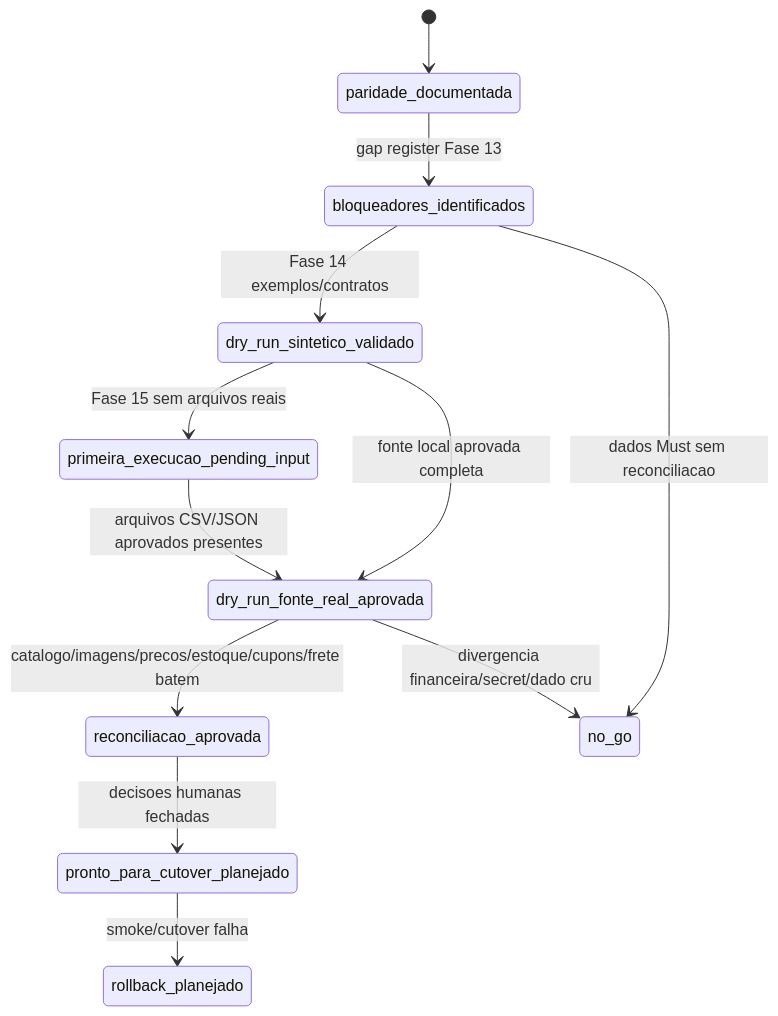
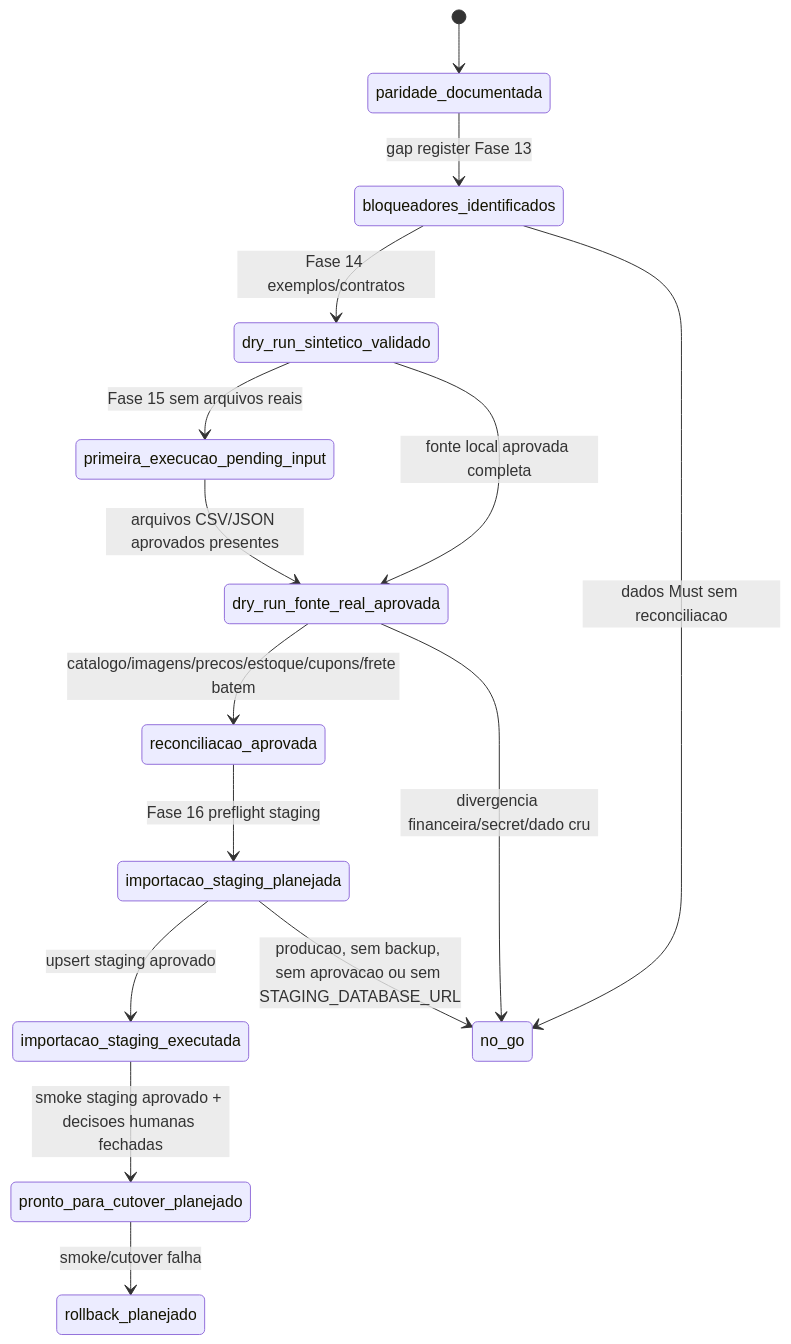
Before and after one commit to Ald3b4r4n/triadenext: diagram 11 of 12 in _reversa_sdd/state-machines.md, drawn with Mermaid. The commit also changed other lines of this file and 15 other files, not shown here.

````diff
--- a/_reversa_sdd/state-machines.md
+++ b/_reversa_sdd/state-machines.md
@@ -179,14 +179,17 @@
 ```mermaid
 stateDiagram-v2
   [*] --> paridade_documentada
   paridade_documentada --> bloqueadores_identificados: gap register Fase 13
   bloqueadores_identificados --> dry_run_sintetico_validado: Fase 14 exemplos/contratos
   dry_run_sintetico_validado --> primeira_execucao_pending_input: Fase 15 sem arquivos reais
   primeira_execucao_pending_input --> dry_run_fonte_real_aprovada: arquivos CSV/JSON aprovados presentes
   dry_run_sintetico_validado --> dry_run_fonte_real_aprovada: fonte local aprovada completa
   dry_run_fonte_real_aprovada --> reconciliacao_aprovada: catalogo/imagens/precos/estoque/cupons/frete batem
-  reconciliacao_aprovada --> pronto_para_cutover_planejado: decisoes humanas fechadas
+  reconciliacao_aprovada --> importacao_staging_planejada: Fase 16 preflight staging
+  importacao_staging_planejada --> importacao_staging_executada: upsert staging aprovado
+  importacao_staging_executada --> pronto_para_cutover_planejado: smoke staging aprovado + decisoes humanas fechadas
   bloqueadores_identificados --> no_go: dados Must sem reconciliacao
   dry_run_fonte_real_aprovada --> no_go: divergencia financeira/secret/dado cru
+  importacao_staging_planejada --> no_go: producao, sem backup, sem aprovacao ou sem STAGING_DATABASE_URL
   pronto_para_cutover_planejado --> rollback_planejado: smoke/cutover falha
 ```
````
